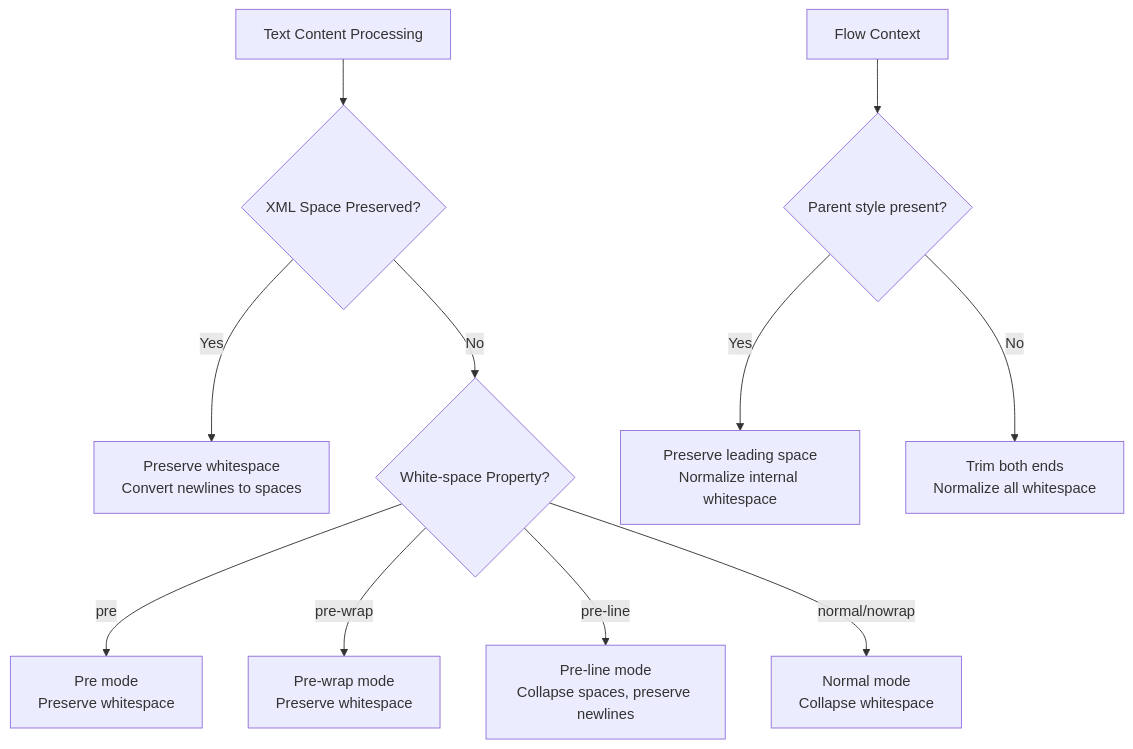
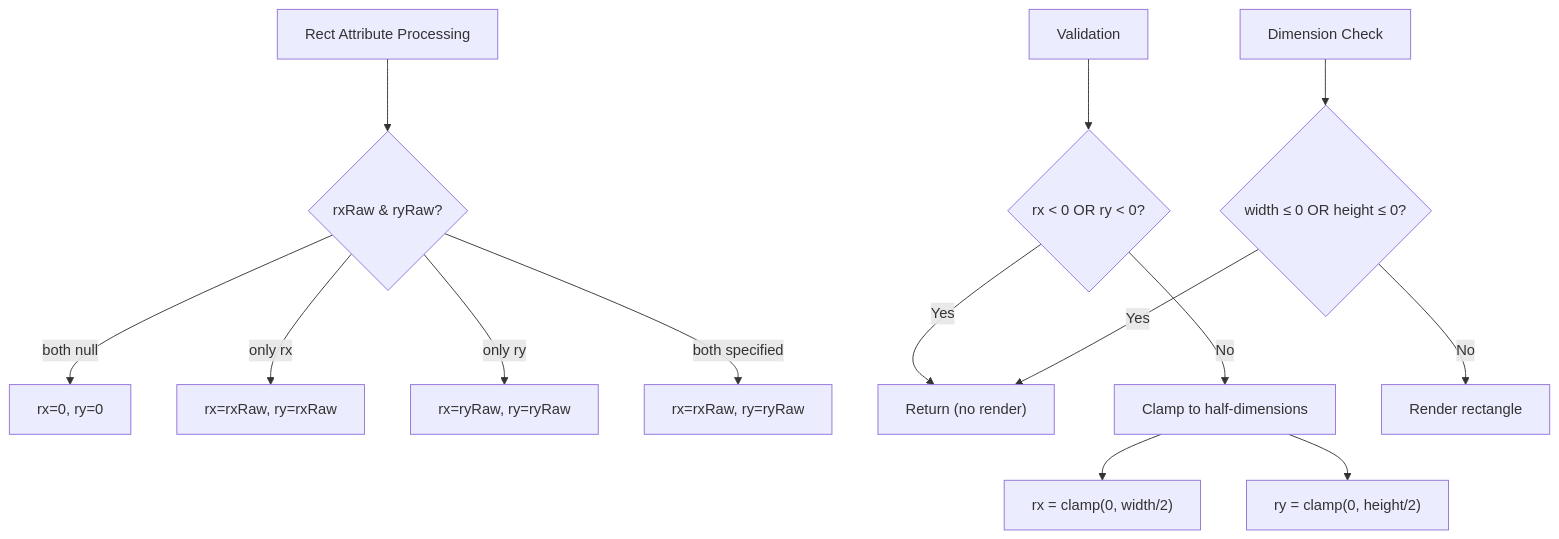
Before and after one commit to denisnadey/flutter_full_svg_support: diagram 11 of 15 in .qoder/repowiki/en/content/Animated SVG Support/Animated SVG Support.md, drawn with Mermaid. The commit also changed other lines of this file and 8 other files, not shown here.

````diff
--- a/.qoder/repowiki/en/content/Animated SVG Support/Animated SVG Support.md
+++ b/.qoder/repowiki/en/content/Animated SVG Support/Animated SVG Support.md
@@ -720,13 +556,16 @@
 ```mermaid
 flowchart TD
-A["Text Content Processing"] --> B{"XML Space Preserved?"}
-B --> |Yes| C["Preserve whitespace<br/>Convert newlines to spaces"]
-B --> |No| D{"White-space Property?"}
-D --> |pre| E["Pre mode<br/>Preserve whitespace"]
-D --> |pre-wrap| F["Pre-wrap mode<br/>Preserve whitespace"]
-D --> |pre-line| G["Pre-line mode<br/>Collapse spaces, preserve newlines"]
-D --> |normal/nowrap| H["Normal mode<br/>Collapse whitespace"]
-I["Flow Context"] --> J{"Parent style present?"}
-J --> |Yes| K["Preserve leading space<br/>Normalize internal whitespace"]
-J --> |No| L["Trim both ends<br/>Normalize all whitespace"]
+A["Rect Attribute Processing"] --> B{"rxRaw & ryRaw?"}
+B --> |both null| C["rx=0, ry=0"]
+B --> |only rx| D["rx=rxRaw, ry=rxRaw"]
+B --> |only ry| E["rx=ryRaw, ry=ryRaw"]
+B --> |both specified| F["rx=rxRaw, ry=ryRaw"]
+G["Validation"] --> H{"rx < 0 OR ry < 0?"}
+H --> |Yes| I["Return (no render)"]
+H --> |No| J["Clamp to half-dimensions"]
+J --> K["rx = clamp(0, width/2)"]
+J --> L["ry = clamp(0, height/2)"]
+M["Dimension Check"] --> N{"width ≤ 0 OR height ≤ 0?"}
+N --> |Yes| I
+N --> |No| O["Render rectangle"]
 ```
````
